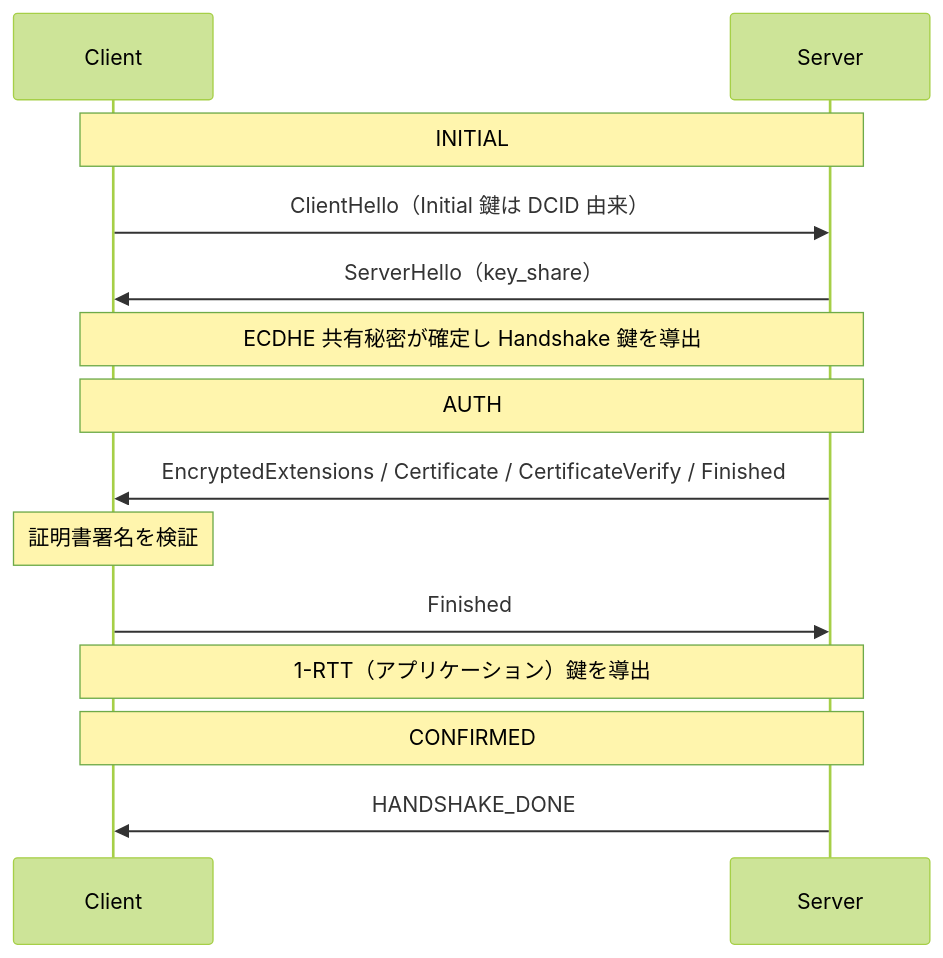
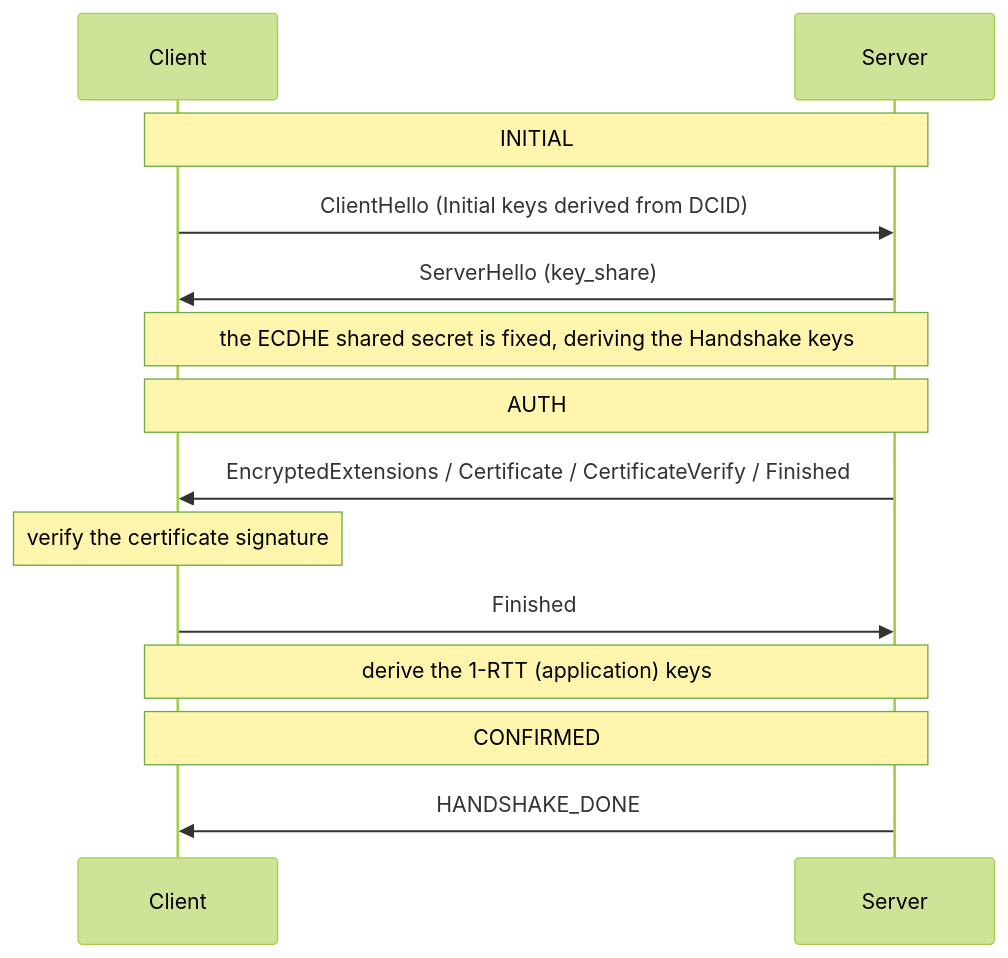
Before and after one commit to Hakkadaikon/quic_vibe: the fifth of 5 diagrams in docs/arch/overview.md, drawn with Mermaid (forest theme). The commit also changed other lines of this file and 3 other files, not shown here.

Commit message:
docs: translate the README and architecture docs to English

````diff
--- a/docs/arch/overview.md
+++ b/docs/arch/overview.md
@@ -150,16 +150,16 @@
 ```mermaid
 sequenceDiagram
     participant C as Client
     participant S as Server
     Note over C,S: INITIAL
-    C->>S: ClientHello（Initial 鍵は DCID 由来）
-    S->>C: ServerHello（key_share）
-    Note over C,S: ECDHE 共有秘密が確定し Handshake 鍵を導出
+    C->>S: ClientHello (Initial keys derived from DCID)
+    S->>C: ServerHello (key_share)
+    Note over C,S: the ECDHE shared secret is fixed, deriving the Handshake keys
     Note over C,S: AUTH
     S->>C: EncryptedExtensions / Certificate / CertificateVerify / Finished
-    Note over C: 証明書署名を検証
+    Note over C: verify the certificate signature
     C->>S: Finished
-    Note over C,S: 1-RTT（アプリケーション）鍵を導出
+    Note over C,S: derive the 1-RTT (application) keys
     Note over C,S: CONFIRMED
     S->>C: HANDSHAKE_DONE
 ```
````
